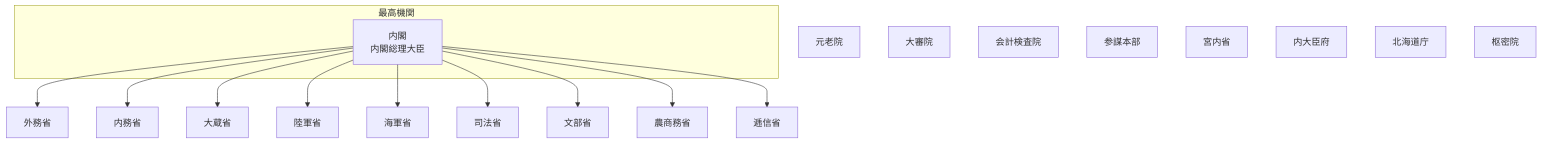
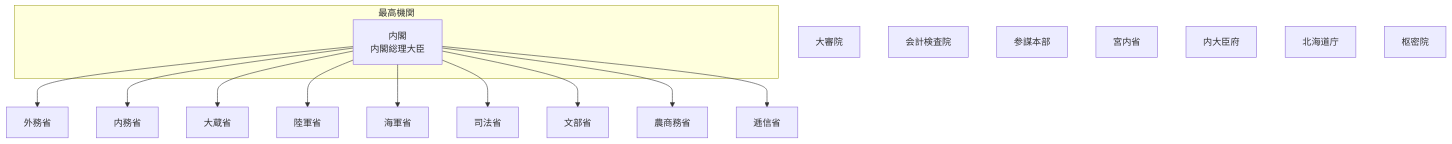
The diagram in README.md (tatemaru/jp-admin-org-chart), drawn with Mermaid before and after one commit. The commit also changed other lines of this file, not shown here.

First line of the commit message:
feat(元老院): 元老院を廃止

````diff
--- a/README.md
+++ b/README.md
@@ -9,33 +9,32 @@
 ```mermaid
 flowchart TB
   subgraph top["最高機関"]
     Cab["内閣
 内閣総理大臣"]
   end
   Gaimu["外務省"]
   Cab --> Gaimu
   Naimu["内務省"]
   Cab --> Naimu
   Okura["大蔵省"]
   Cab --> Okura
   Rikugun["陸軍省"]
   Cab --> Rikugun
   Kaigun["海軍省"]
   Cab --> Kaigun
   Shiho["司法省"]
   Cab --> Shiho
   Mombu["文部省"]
   Cab --> Mombu
   Nosho["農商務省"]
   Cab --> Nosho
   Teishin["逓信省"]
   Cab --> Teishin
-  Genro["元老院"]
   Daishin["大審院"]
   Audit["会計検査院"]
   Sanbo["参謀本部"]
   Kunai["宮内省"]
   Naidaijin["内大臣府"]
   Hokkaido["北海道庁"]
   Privy["枢密院"]
 ```
````
